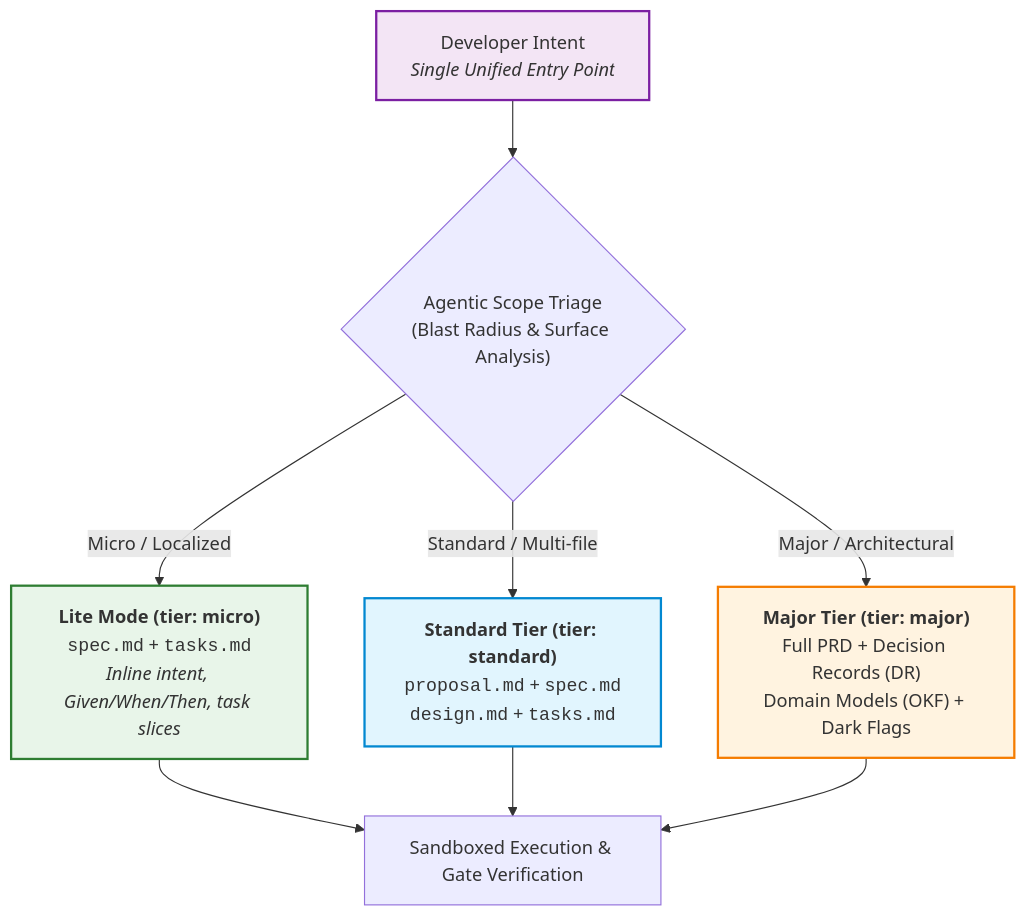
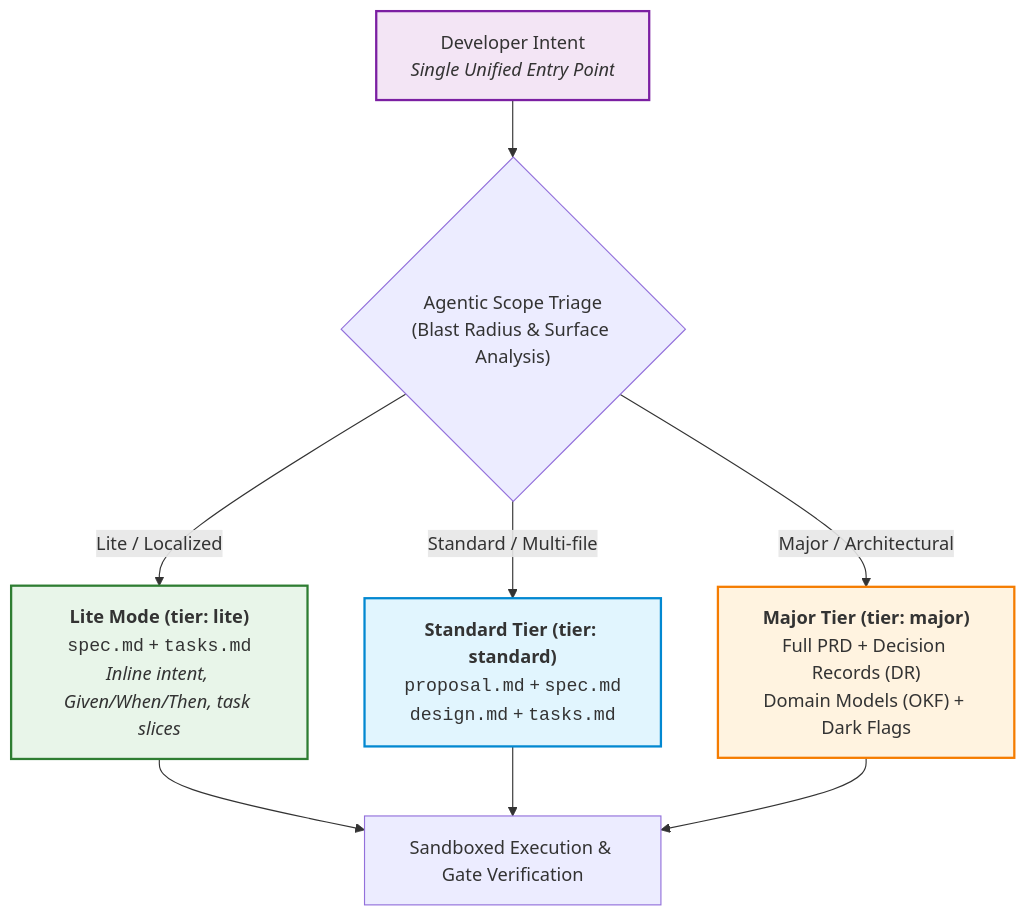
One commit to keolo/keolo-com changed the second of 3 diagrams in content/posts/planned-vs-unplanned-work-in-agentic-development.md. Above: the diagram before and after it, drawn with Mermaid. The commit also changed other lines of this file, not shown here.

Commit message:
docs(blog): standardize tier terminology to lite, standard, and major

````diff
--- a/content/posts/planned-vs-unplanned-work-in-agentic-development.md
+++ b/content/posts/planned-vs-unplanned-work-in-agentic-development.md
@@ -41,17 +41,17 @@
 ```mermaid
 flowchart TD
     Prompt["Developer Intent<br/><i>Single Unified Entry Point</i>"] --> Triage{"Agentic Scope Triage<br/>(Blast Radius & Surface Analysis)"}
     
-    Triage -->|Micro / Localized| Lite["<b>Lite Mode (tier: micro)</b><br/><code>spec.md</code> + <code>tasks.md</code><br/><i>Inline intent, Given/When/Then, task slices</i>"]
+    Triage -->|Lite / Localized| Lite["<b>Lite Mode (tier: lite)</b><br/><code>spec.md</code> + <code>tasks.md</code><br/><i>Inline intent, Given/When/Then, task slices</i>"]
     Triage -->|Standard / Multi-file| Std["<b>Standard Tier (tier: standard)</b><br/><code>proposal.md</code> + <code>spec.md</code><br/><code>design.md</code> + <code>tasks.md</code>"]
     Triage -->|Major / Architectural| Maj["<b>Major Tier (tier: major)</b><br/>Full PRD + Decision Records (DR)<br/>Domain Models (OKF) + Dark Flags"]
     
     Lite --> Build["Sandboxed Execution & Gate Verification"]
     Std --> Build
     Maj --> Build
 
     style Prompt fill:#f3e5f5,stroke:#7b1fa2,stroke-width:2px
     style Lite fill:#e8f5e9,stroke:#2e7d32,stroke-width:2px
     style Std fill:#e1f5fe,stroke:#0288d1,stroke-width:2px
     style Maj fill:#fff3e0,stroke:#f57c00,stroke-width:2px
 ```
````
